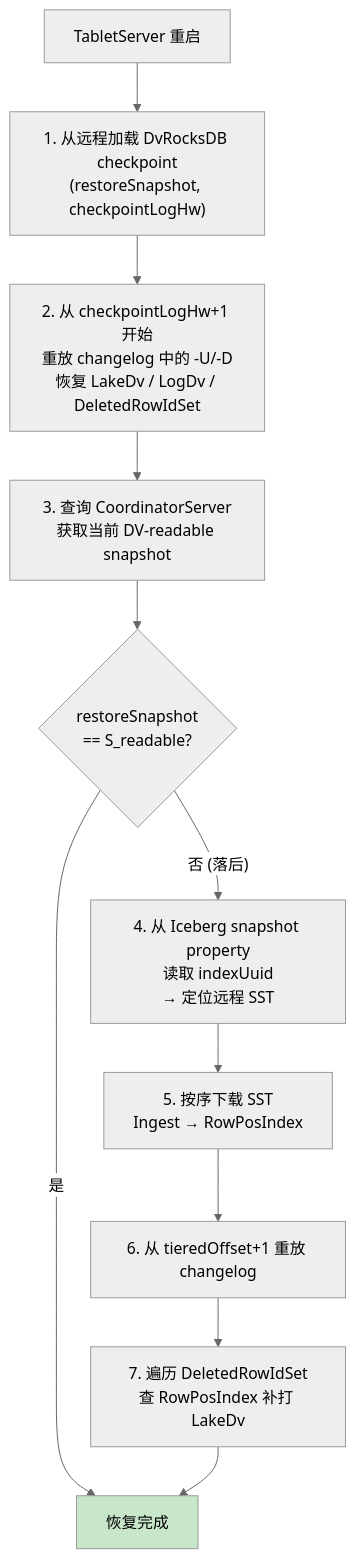
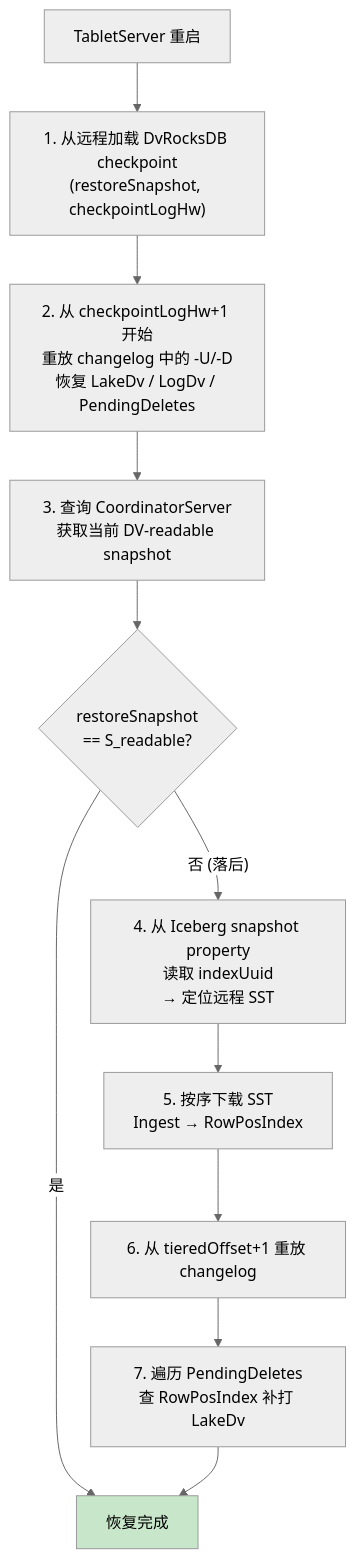
Before and after one commit to luoyuxia/fluss: diagram 20 of 28 in design-doc/fluss-deletion-vector-overview-v2.md, drawn with Mermaid (neutral theme). The commit also changed other lines of this file and 1 other file, not shown here.

````diff
--- a/design-doc/fluss-deletion-vector-overview-v2.md
+++ b/design-doc/fluss-deletion-vector-overview-v2.md
@@ -527,19 +525,19 @@
 ```mermaid
 flowchart TD
     Start["TabletServer 重启"] --> Load["1. 从远程加载 DvRocksDB checkpoint<br/>(restoreSnapshot, checkpointLogHw)"]
 
-    Load --> Replay["2. 从 checkpointLogHw+1 开始<br/>重放 changelog 中的 -U/-D<br/>恢复 LakeDv / LogDv / DeletedRowIdSet"]
+    Load --> Replay["2. 从 checkpointLogHw+1 开始<br/>重放 changelog 中的 -U/-D<br/>恢复 LakeDv / LogDv / PendingDeletes"]
 
     Replay --> Query["3. 查询 CoordinatorServer<br/>获取当前 DV-readable snapshot"]
     Query --> Compare{"restoreSnapshot<br/>== S_readable?"}
 
     Compare -->|"是"| Done["恢复完成"]
     Compare -->|"否 (落后)"| Catch["4. 从 Iceberg snapshot property<br/>读取 indexUuid<br/>→ 定位远程 SST"]
 
     Catch --> Download["5. 按序下载 SST<br/>Ingest → RowPosIndex"]
     Download --> ReplayMore["6. 从 tieredOffset+1 重放 changelog"]
-    ReplayMore --> BackScan["7. 遍历 DeletedRowIdSet<br/>查 RowPosIndex 补打 LakeDv"]
+    ReplayMore --> BackScan["7. 遍历 PendingDeletes<br/>查 RowPosIndex 补打 LakeDv"]
     BackScan --> Done
 
     style Done fill:#c8e6c9
 ```
````
